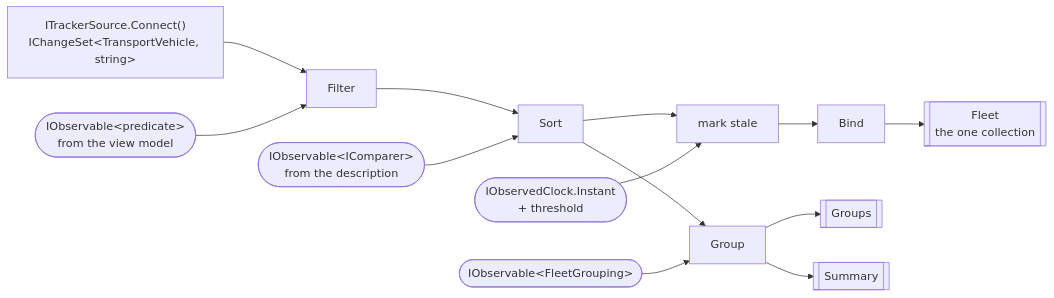
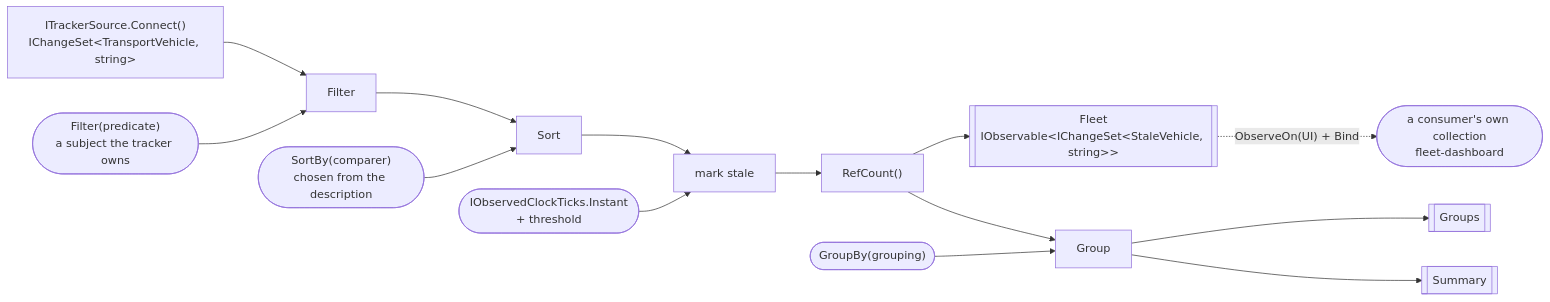
Before and after one commit to RLittlesII/Transporter: the first of 2 diagrams in features/fleet-pipeline/.spec/README.md, drawn with Mermaid. The commit also changed other lines of this file and 16 other files, not shown here.

First line of the commit message:
docs: answer every fleet-pipeline open question, including the architecture review (#24)

````diff
--- a/features/fleet-pipeline/.spec/README.md
+++ b/features/fleet-pipeline/.spec/README.md
@@ -203,15 +315,16 @@
 ```mermaid
 flowchart LR
     src["ITrackerSource.Connect()<br/>IChangeSet&lt;TransportVehicle, string&gt;"] --> filter
-    predicate(["IObservable&lt;predicate&gt;<br/>from the view model"]) --> filter
+    predicate(["Filter(predicate)<br/>a subject the tracker owns"]) --> filter
     filter["Filter"] --> sort
-    comparer(["IObservable&lt;IComparer&gt;<br/>from the description"]) --> sort
+    comparer(["SortBy(comparer)<br/>chosen from the description"]) --> sort
     sort["Sort"] --> stale
-    clock(["IObservedClock.Instant<br/>+ threshold"]) --> stale
-    stale["mark stale"] --> bind
-    bind["Bind"] --> fleet[["Fleet<br/>the one collection"]]
-    sort --> group["Group"]
-    grouping(["IObservable&lt;FleetGrouping&gt;"]) --> group
+    clock(["IObservedClockTicks.Instant<br/>+ threshold"]) --> stale
+    stale["mark stale"] --> share["RefCount()"]
+    share --> fleet[["Fleet<br/>IObservable&lt;IChangeSet&lt;StaleVehicle, string&gt;&gt;"]]
+    share --> group["Group"]
+    grouping(["GroupBy(grouping)"]) --> group
     group --> groups[["Groups"]]
     group --> summary[["Summary"]]
+    fleet -.->|"ObserveOn(UI) + Bind"| vm(["a consumer's own collection<br/>fleet-dashboard"])
 ```
````
